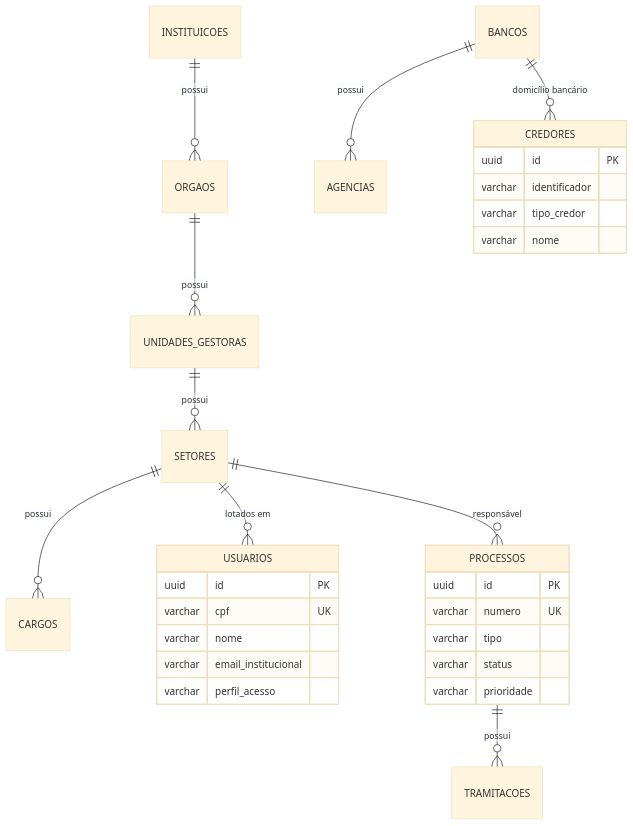
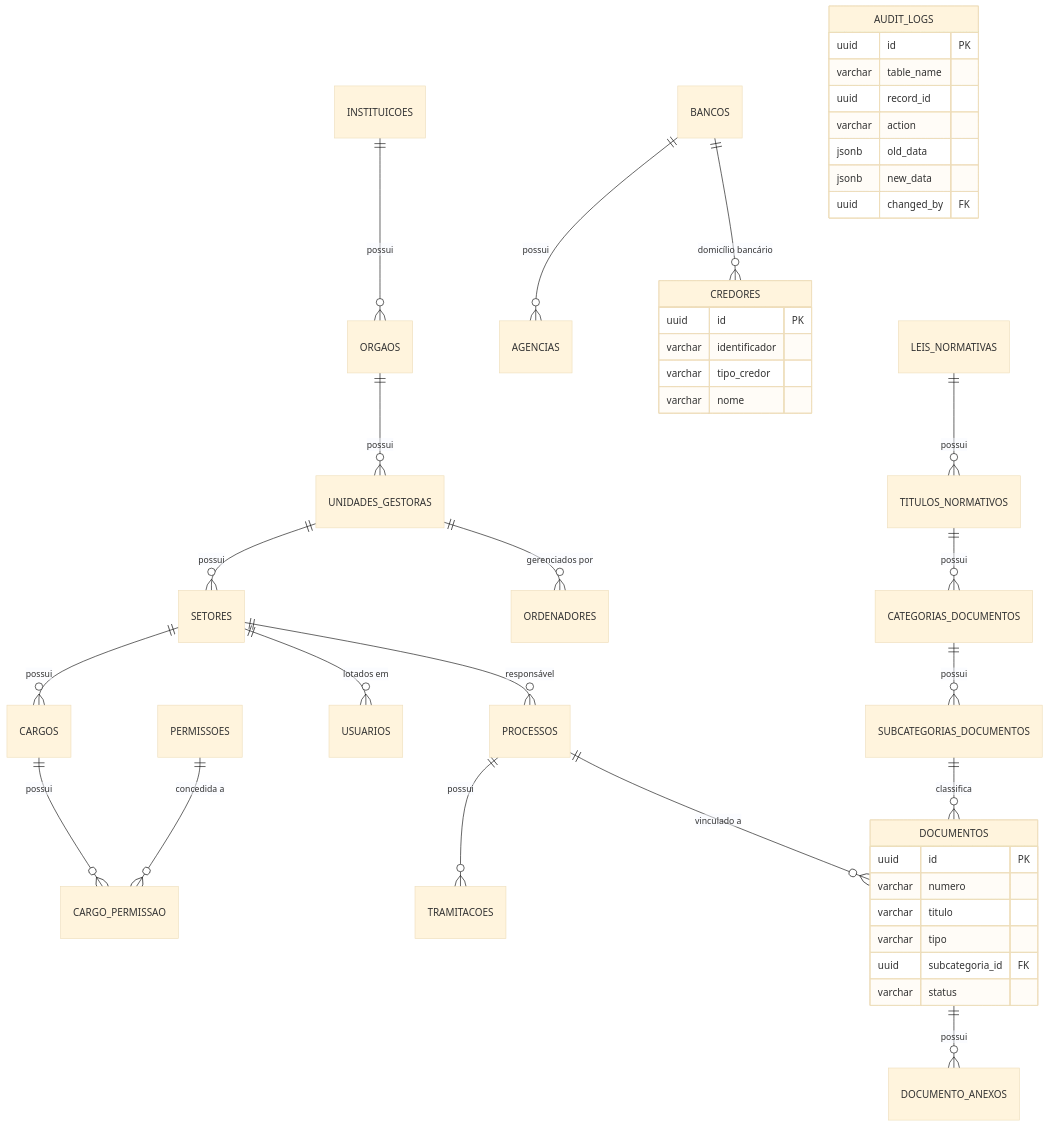
Before and after one commit to Siagov-Proj/Proj-Siagov: the first of 4 diagrams in docs/TECHNICAL_DOCUMENTATION.md, drawn with Mermaid (base theme). The commit also changed other lines of this file and 8 other files, not shown here.

````diff
--- a/docs/TECHNICAL_DOCUMENTATION.md
+++ b/docs/TECHNICAL_DOCUMENTATION.md
@@ -123,37 +145,50 @@
 ```mermaid
 erDiagram
     INSTITUICOES ||--o{ ORGAOS : "possui"
     ORGAOS ||--o{ UNIDADES_GESTORAS : "possui"
     UNIDADES_GESTORAS ||--o{ SETORES : "possui"
+    UNIDADES_GESTORAS ||--o{ ORDENADORES : "gerenciados por"
     SETORES ||--o{ CARGOS : "possui"
+    CARGOS ||--o{ CARGO_PERMISSAO : "possui"
+    PERMISSOES ||--o{ CARGO_PERMISSAO : "concedida a"
     SETORES ||--o{ USUARIOS : "lotados em"
     
     BANCOS ||--o{ AGENCIAS : "possui"
     BANCOS ||--o{ CREDORES : "domicílio bancário"
     
     PROCESSOS ||--o{ TRAMITACOES : "possui"
     SETORES ||--o{ PROCESSOS : "responsável"
     
-    USUARIOS {
+    LEIS_NORMATIVAS ||--o{ TITULOS_NORMATIVOS : "possui"
+    TITULOS_NORMATIVOS ||--o{ CATEGORIAS_DOCUMENTOS : "possui"
+    CATEGORIAS_DOCUMENTOS ||--o{ SUBCATEGORIAS_DOCUMENTOS : "possui"
+    SUBCATEGORIAS_DOCUMENTOS ||--o{ DOCUMENTOS : "classifica"
+    DOCUMENTOS ||--o{ DOCUMENTO_ANEXOS : "possui"
+    PROCESSOS ||--o{ DOCUMENTOS : "vinculado a"
+    
+    AUDIT_LOGS {
         uuid id PK
-        varchar cpf UK
-        varchar nome
-        varchar email_institucional
-        varchar perfil_acesso
+        varchar table_name
+        uuid record_id
+        varchar action
+        jsonb old_data
+        jsonb new_data
+        uuid changed_by FK
     }
     
-    PROCESSOS {
+    DOCUMENTOS {
         uuid id PK
-        varchar numero UK
+        varchar numero
+        varchar titulo
         varchar tipo
+        uuid subcategoria_id FK
         varchar status
-        varchar prioridade
     }
     
     CREDORES {
         uuid id PK
         varchar identificador
         varchar tipo_credor
         varchar nome
     }
 ```
````
